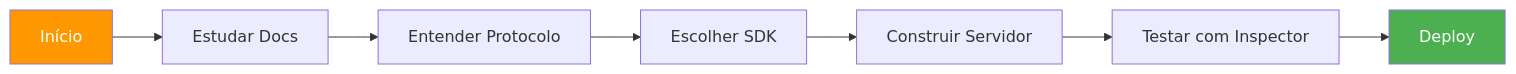
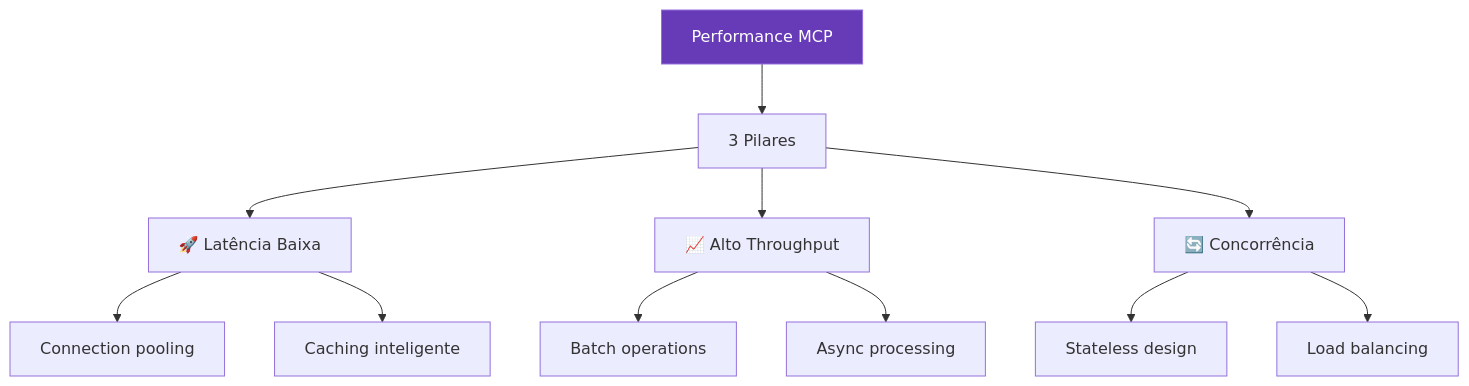
One commit to felipepimentel/my-public-notes changed diagram 19 of 39 in AI/Comunicação/MCP/00-mcp-presentation-zero to hero.md. Above: the diagram before and after it, drawn with Mermaid. The commit also changed other lines of this file, not shown here.

````diff
--- a/AI/Comunicação/MCP/00-mcp-presentation-zero to hero.md
+++ b/AI/Comunicação/MCP/00-mcp-presentation-zero to hero.md
@@ -654,12 +557,19 @@
 ```mermaid
-graph LR
-    START[Início] --> LEARN[Estudar Docs]
-    LEARN --> PROTO[Entender Protocolo]
-    PROTO --> SDK[Escolher SDK]
-    SDK --> BUILD[Construir Servidor]
-    BUILD --> TEST[Testar com Inspector]
-    TEST --> DEPLOY[Deploy]
+graph TD
+    PERF[Performance MCP] --> PILLARS[3 Pilares]
     
-    style START fill:#ff9800,color:#fff
-    style DEPLOY fill:#4CAF50,color:#fff
+    PILLARS --> P1[🚀 Latência Baixa]
+    PILLARS --> P2[📈 Alto Throughput]
+    PILLARS --> P3[🔄 Concorrência]
+    
+    P1 --> T1[Connection pooling]
+    P1 --> T2[Caching inteligente]
+    
+    P2 --> T3[Batch operations]
+    P2 --> T4[Async processing]
+    
+    P3 --> T5[Stateless design]
+    P3 --> T6[Load balancing]
+    
+    style PERF fill:#673ab7,color:#fff
 ```
````
